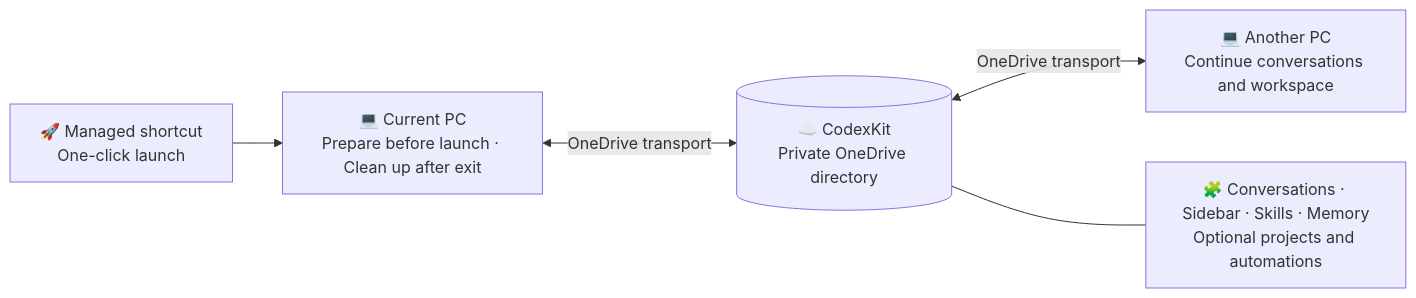
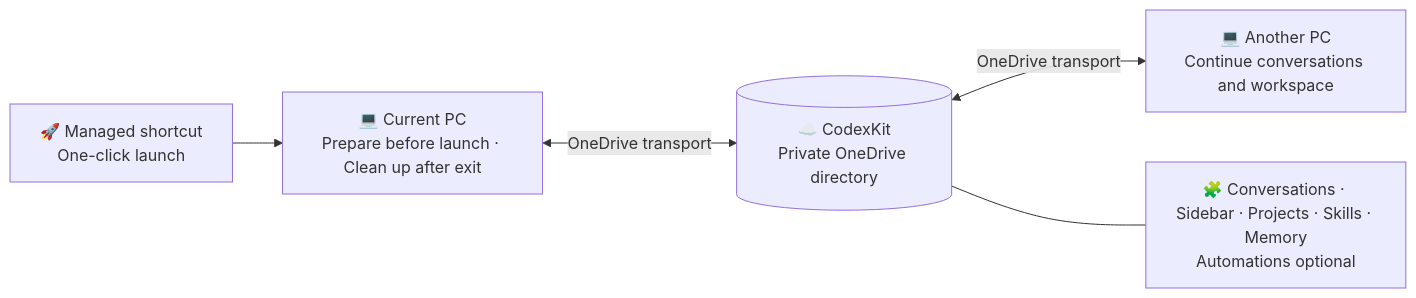
The diagram in README.md (wang22ti/codex-synckit), drawn with Mermaid before and after one commit. The commit also changed other lines of this file and 12 other files, not shown here.

````diff
--- a/README.md
+++ b/README.md
@@ -71,7 +71,7 @@
 ```mermaid
 flowchart LR
     L["🚀 Managed shortcut<br/>One-click launch"] --> A["💻 Current PC<br/>Prepare before launch · Clean up after exit"]
     A <-->|"OneDrive transport"| K[("☁️ CodexKit<br/>Private OneDrive directory")]
     K <-->|"OneDrive transport"| B["💻 Another PC<br/>Continue conversations and workspace"]
-    K --- D["🧩 Conversations · Sidebar · Skills · Memory<br/>Optional projects and automations"]
+    K --- D["🧩 Conversations · Sidebar · Projects · Skills · Memory<br/>Automations optional"]
 ```
````
